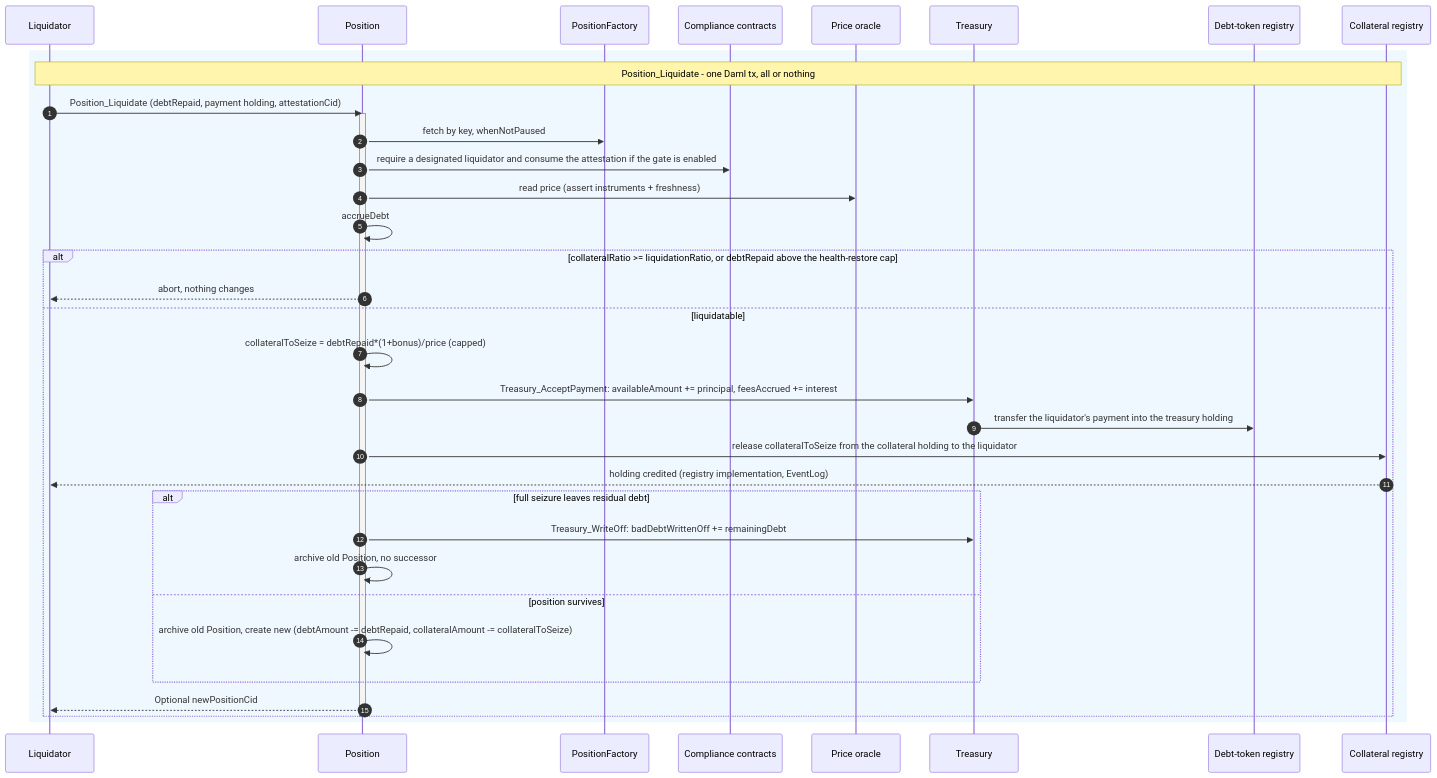
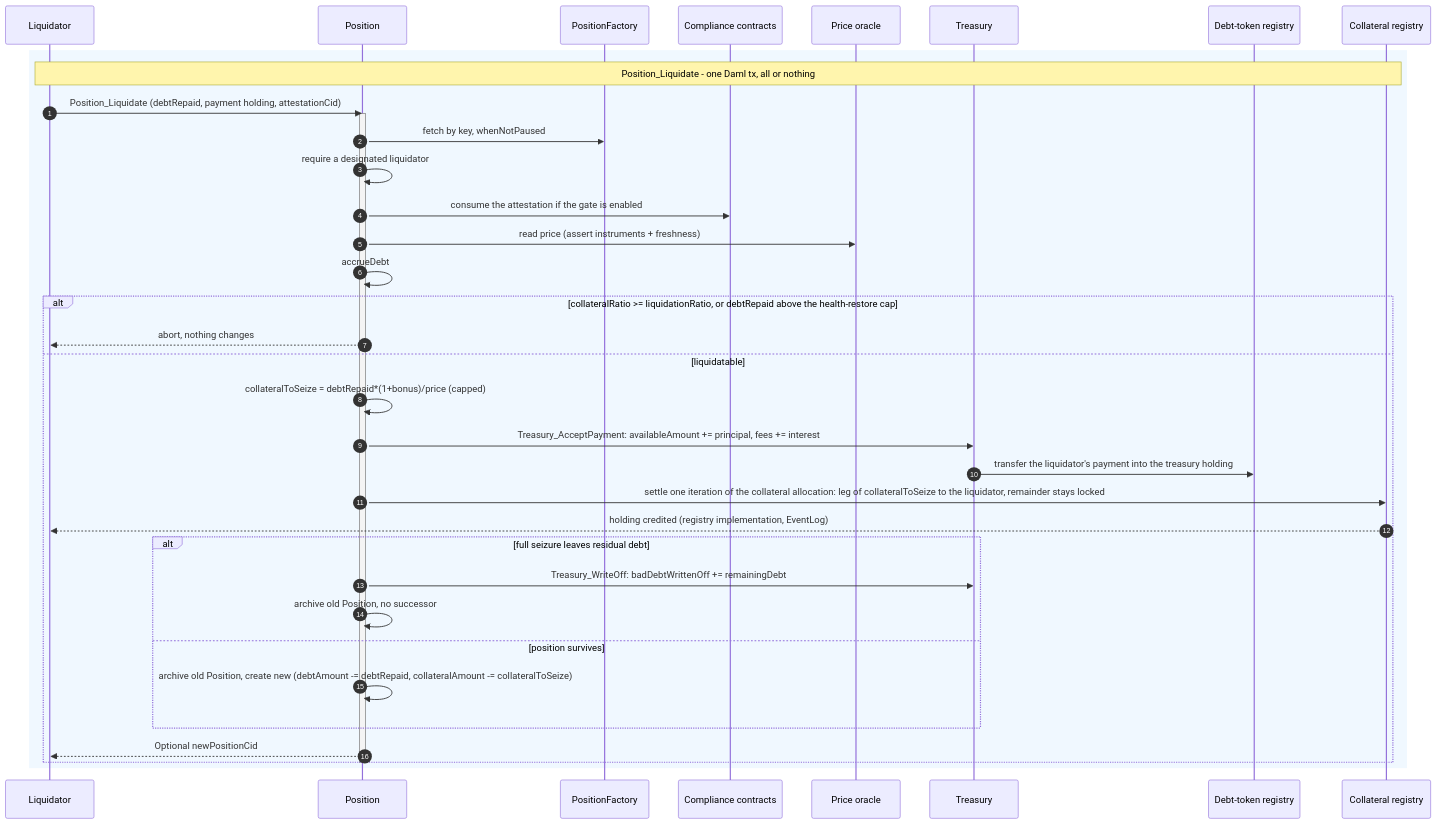
Before and after one commit to OpenZeppelin/canton-specs: the ninth of 9 diagrams in docs/reference-architectures/lending.md, drawn with Mermaid. The commit also changed other lines of this file, not shown here.

````diff
--- a/docs/reference-architectures/lending.md
+++ b/docs/reference-architectures/lending.md
@@ -477,39 +471,40 @@
 ```mermaid
 sequenceDiagram
     autonumber
     participant L as Liquidator
     participant P as Position
     participant F as PositionFactory
     participant C as Compliance contracts
     participant O as Price oracle
     participant T as Treasury
     participant RD as Debt-token registry
     participant RC as Collateral registry
 
     rect rgb(240, 248, 255)
     Note over L, RC: Position_Liquidate - one Daml tx, all or nothing
     L->>P: Position_Liquidate (debtRepaid, payment holding, attestationCid)
     activate P
     P->>F: fetch by key, whenNotPaused
-    P->>C: require a designated liquidator and consume the attestation if the gate is enabled
+    P->>P: require a designated liquidator
+    P->>C: consume the attestation if the gate is enabled
     P->>O: read price (assert instruments + freshness)
     P->>P: accrueDebt
     alt collateralRatio >= liquidationRatio, or debtRepaid above the health-restore cap
         P-->>L: abort, nothing changes
     else liquidatable
         P->>P: collateralToSeize = debtRepaid*(1+bonus)/price (capped)
-        P->>T: Treasury_AcceptPayment: availableAmount += principal, feesAccrued += interest
+        P->>T: Treasury_AcceptPayment: availableAmount += principal, fees += interest
         T->>RD: transfer the liquidator's payment into the treasury holding
-        P->>RC: release collateralToSeize from the collateral holding to the liquidator
+        P->>RC: settle one iteration of the collateral allocation: leg of collateralToSeize to the liquidator, remainder stays locked
         RC-->>L: holding credited (registry implementation, EventLog)
         alt full seizure leaves residual debt
             P->>T: Treasury_WriteOff: badDebtWrittenOff += remainingDebt
             P->>P: archive old Position, no successor
         else position survives
             P->>P: archive old Position, create new (debtAmount -= debtRepaid, collateralAmount -= collateralToSeize)
         end
         P-->>L: Optional newPositionCid
     end
     deactivate P
     end
 ```
````
